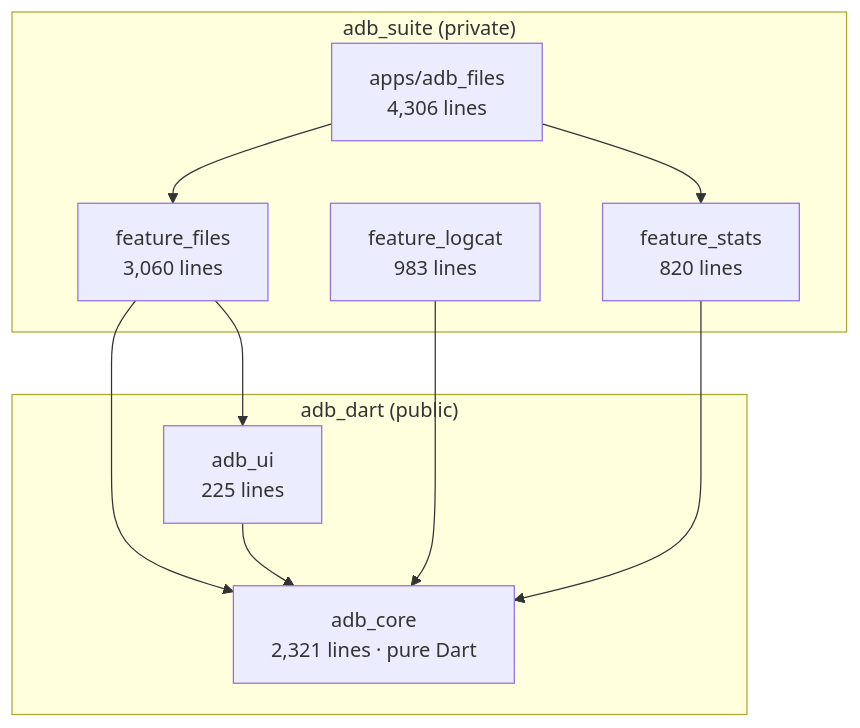
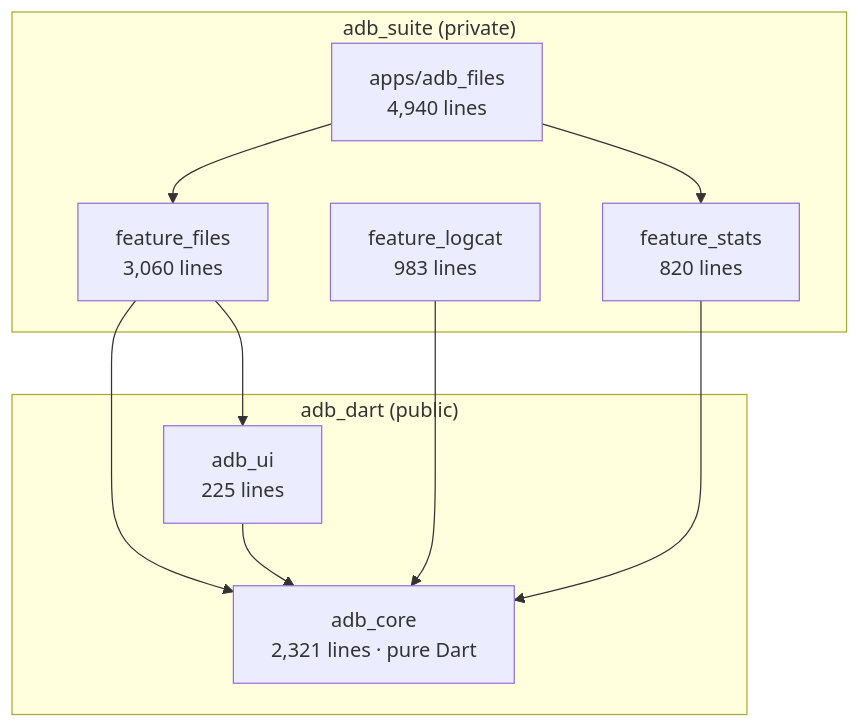
The diagram in ORIENTATION.md (developer180527/adb_suite), drawn with Mermaid before and after one commit. The commit also changed other lines of this file, not shown here.

````diff
--- a/ORIENTATION.md
+++ b/ORIENTATION.md
@@ -73,21 +82,21 @@
 ```mermaid
 graph TD
     subgraph suite["adb_suite (private)"]
-        APP["apps/adb_files<br/>4,306 lines"]
+        APP["apps/adb_files<br/>4,940 lines"]
         FF["feature_files<br/>3,060 lines"]
         FL["feature_logcat<br/>983 lines"]
         FS["feature_stats<br/>820 lines"]
     end
     subgraph dart["adb_dart (public)"]
         CORE["adb_core<br/>2,321 lines · pure Dart"]
         UI["adb_ui<br/>225 lines"]
     end
 
     APP --> FF
     APP --> FS
     FF --> CORE
     FF --> UI
     FL --> CORE
     FS --> CORE
     UI --> CORE
 ```
````
